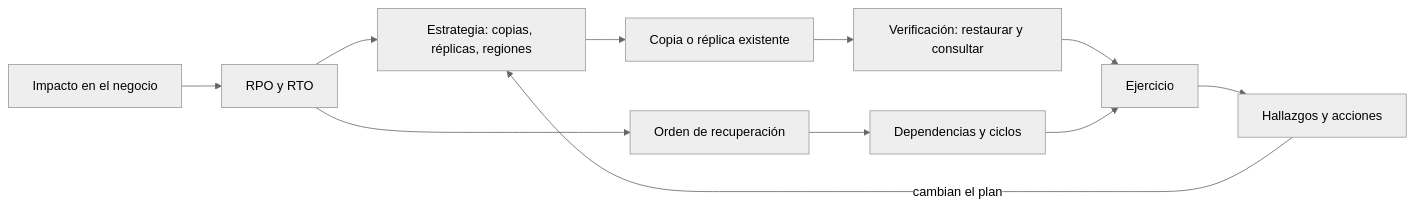
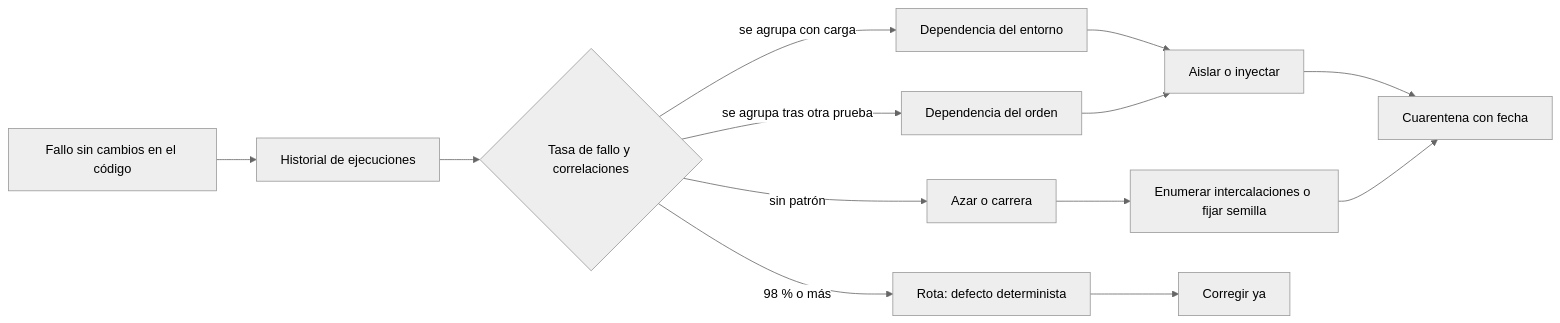
Before and after one commit to vladimiracunadev-create/modern-software-engineering-program: the diagram in content/part-35/SE-430.md, drawn with Mermaid (neutral theme). The commit also changed other lines of this file and 5193 other files, not shown here.

````diff
--- a/content/part-35/SE-430.md
+++ b/content/part-35/SE-430.md
@@ -56,13 +56,15 @@
 ```mermaid
 flowchart LR
-    A[Impacto en el negocio] --> B[RPO y RTO]
-    B --> C[Estrategia: copias, réplicas, regiones]
-    C --> D[Copia o réplica existente]
-    D --> E[Verificación: restaurar y consultar]
-    B --> F[Orden de recuperación]
-    F --> G[Dependencias y ciclos]
-    E --> H[Ejercicio]
-    G --> H
-    H --> I[Hallazgos y acciones]
-    I -->|cambian el plan| C
+    A[Fallo sin cambios en el código] --> B[Historial de ejecuciones]
+    B --> C{Tasa de fallo y correlaciones}
+    C -->|98 % o más| D[Rota: defecto determinista]
+    C -->|se agrupa con carga| E[Dependencia del entorno]
+    C -->|se agrupa tras otra prueba| F[Dependencia del orden]
+    C -->|sin patrón| G[Azar o carrera]
+    E --> H[Aislar o inyectar]
+    F --> H
+    G --> I[Enumerar intercalaciones o fijar semilla]
+    D --> J[Corregir ya]
+    H --> K[Cuarentena con fecha]
+    I --> K
 ```
````
